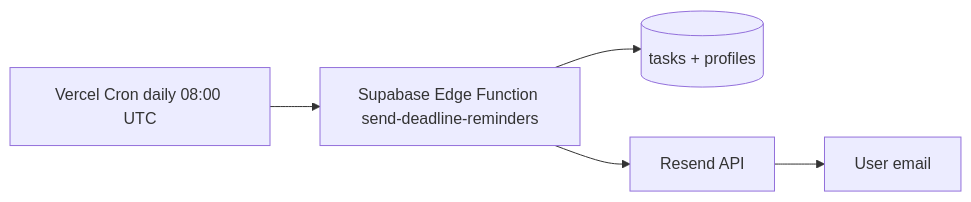
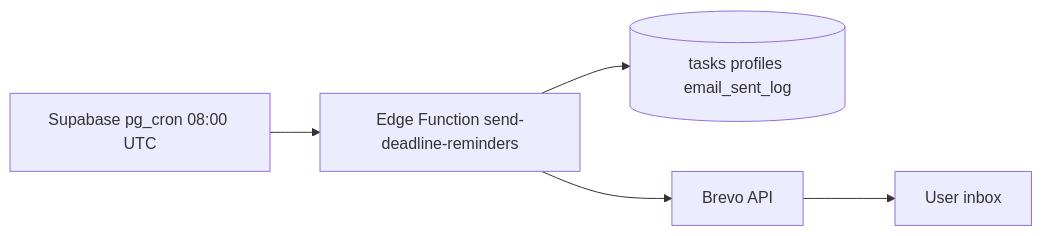
The diagram in docs/PHASE2_EMAIL_REMINDERS.md (joes9987/pm-joes9987), drawn with Mermaid before and after one commit. The commit also changed other lines of this file and 6 other files, not shown here.

First line of the commit message:
Add Brevo daily email digest via Supabase Edge Function.

````diff
--- a/docs/PHASE2_EMAIL_REMINDERS.md
+++ b/docs/PHASE2_EMAIL_REMINDERS.md
@@ -11,12 +11,12 @@
 ```mermaid
 flowchart LR
-  VercelCron[Vercel Cron daily 08:00 UTC]
-  EdgeFn[Supabase Edge Function send-deadline-reminders]
-  Postgres[(tasks + profiles)]
-  Resend[Resend API]
-  UserInbox[User email]
-  VercelCron --> EdgeFn
-  EdgeFn --> Postgres
-  EdgeFn --> Resend
-  Resend --> UserInbox
+  pgCron[Supabase pg_cron 08:00 UTC]
+  edgeFn[Edge Function send-deadline-reminders]
+  db[(tasks profiles email_sent_log)]
+  brevo[Brevo API]
+  inbox[User inbox]
+  pgCron --> edgeFn
+  edgeFn --> db
+  edgeFn --> brevo
+  brevo --> inbox
 ```
````
